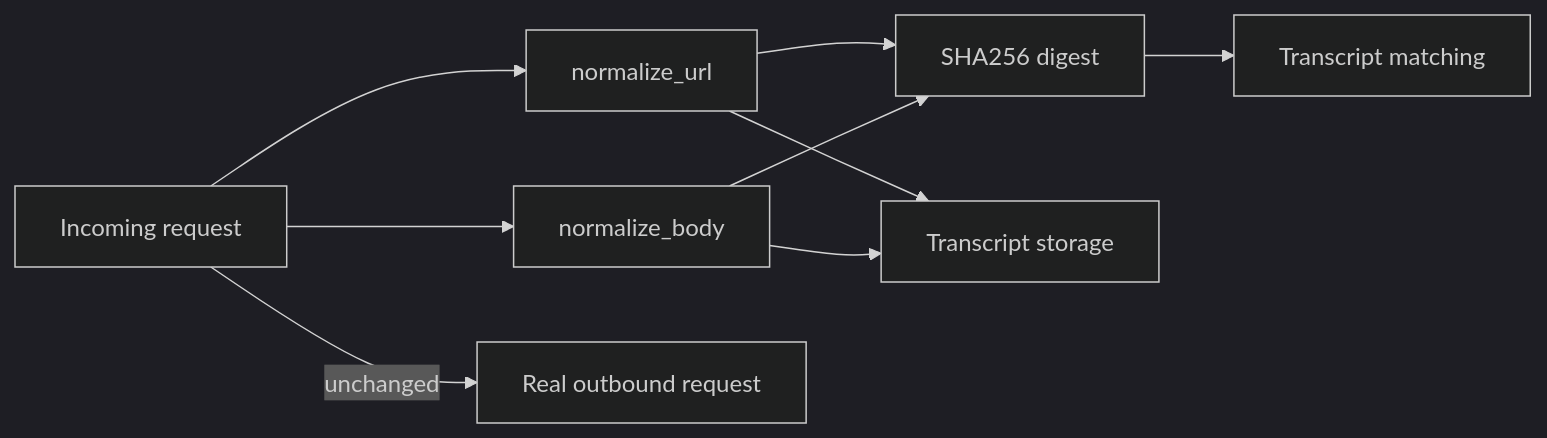
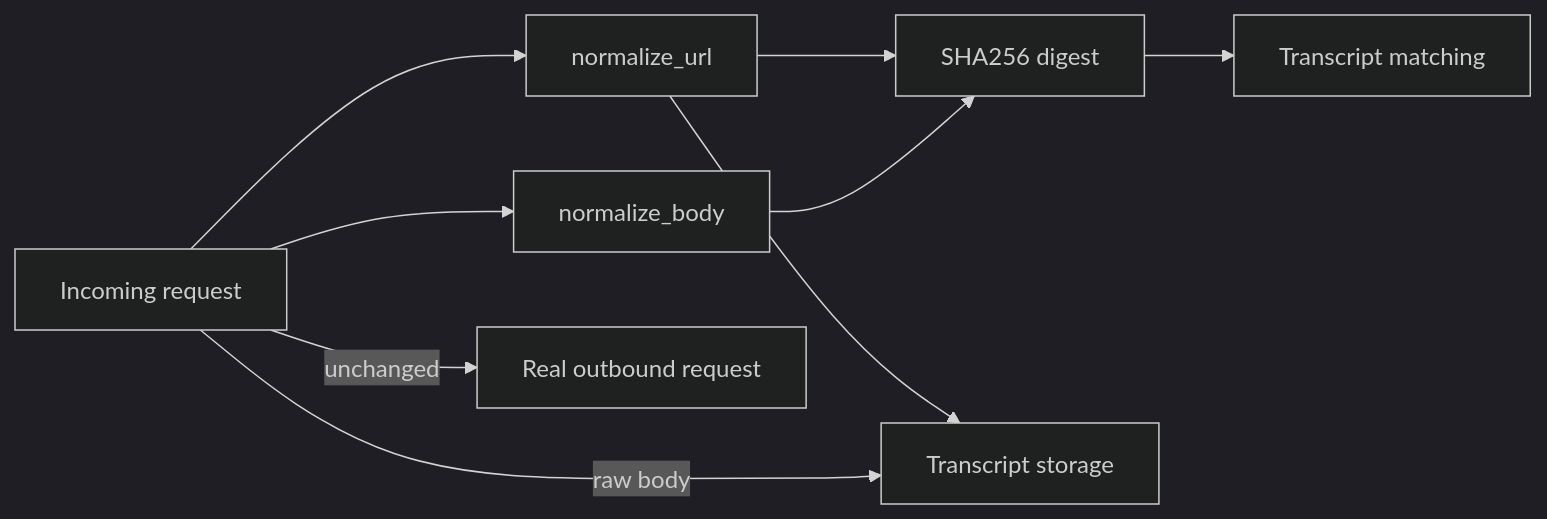
The fourth of 4 diagrams in README.md (nogginly/wiretap.cr), drawn with Mermaid (dark theme) before and after one commit. The commit also changed other lines of this file and 13 other files, not shown here.

````diff
--- a/README.md
+++ b/README.md
@@ -278,11 +286,11 @@
 ```mermaid
 flowchart LR
     A[Incoming request] --> B[normalize_url]
     A --> C[normalize_body]
     B --> D[SHA256 digest]
     C --> D
     D --> E[Transcript matching]
     B --> F[Transcript storage]
-    C --> F
     A -->|unchanged| G[Real outbound request]
+    A -->|raw body| F
 ```
````
